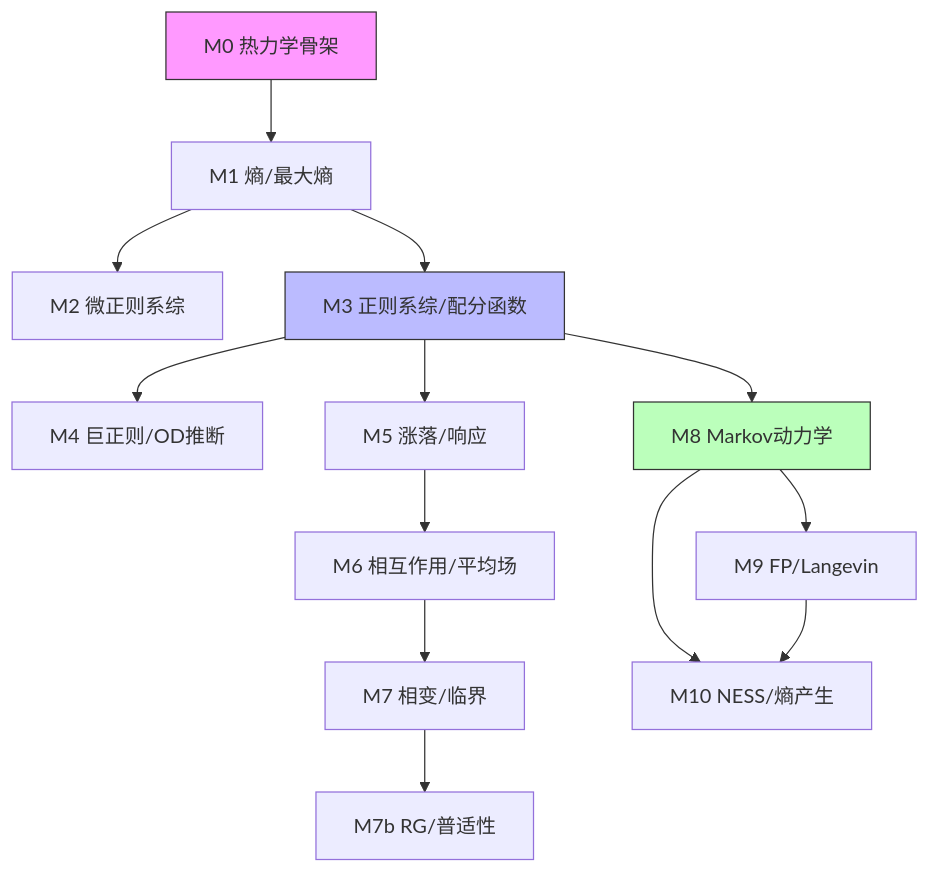
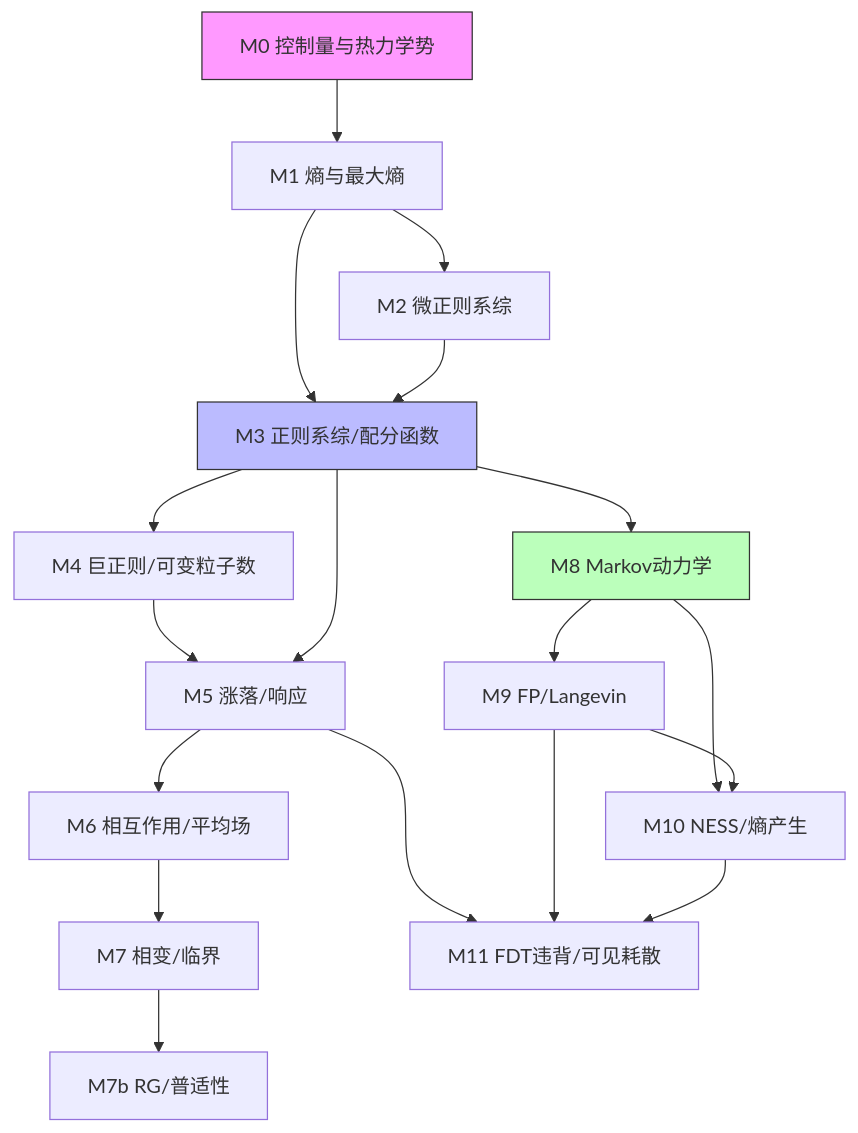
Before and after one commit to wujlin/interactive_statpysics: the diagram in statphys_urban_learning/modules/index.md, drawn with Mermaid. The commit also changed other lines of this file and 59 other files, not shown here.

````diff
--- a/statphys_urban_learning/modules/index.md
+++ b/statphys_urban_learning/modules/index.md
@@ -51,19 +61,24 @@
 ```mermaid
 graph TD
-    M0[M0 热力学骨架] --> M1[M1 熵/最大熵]
+    M0[M0 控制量与热力学势] --> M1[M1 熵与最大熵]
     M1 --> M2[M2 微正则系综]
     M1 --> M3[M3 正则系综/配分函数]
-    M3 --> M4[M4 巨正则/OD推断]
+    M2 --> M3
+    M3 --> M4[M4 巨正则/可变粒子数]
+    M4 --> M5
     M3 --> M5[M5 涨落/响应]
     M5 --> M6[M6 相互作用/平均场]
     M6 --> M7[M7 相变/临界]
     M7 --> M7b[M7b RG/普适性]
     M3 --> M8[M8 Markov动力学]
     M8 --> M9[M9 FP/Langevin]
     M8 --> M10[M10 NESS/熵产生]
     M9 --> M10
+    M5 --> M11[M11 FDT违背/可见耗散]
+    M9 --> M11
+    M10 --> M11
     
     style M0 fill:#f9f,stroke:#333
     style M3 fill:#bbf,stroke:#333
     style M8 fill:#bfb,stroke:#333
 ```
````
